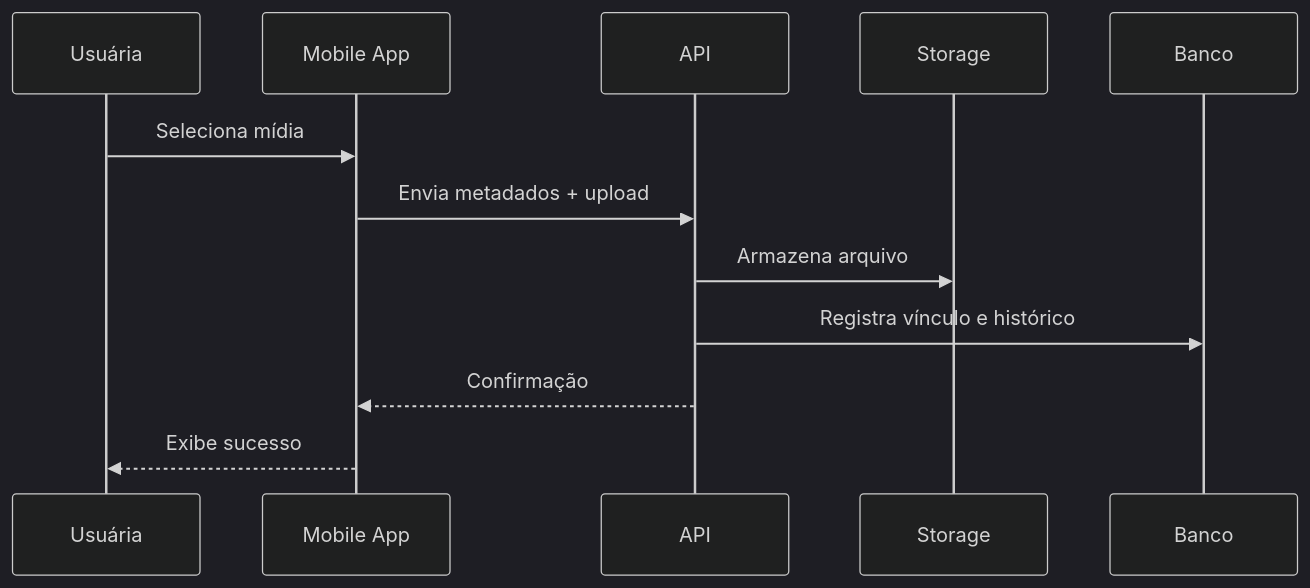
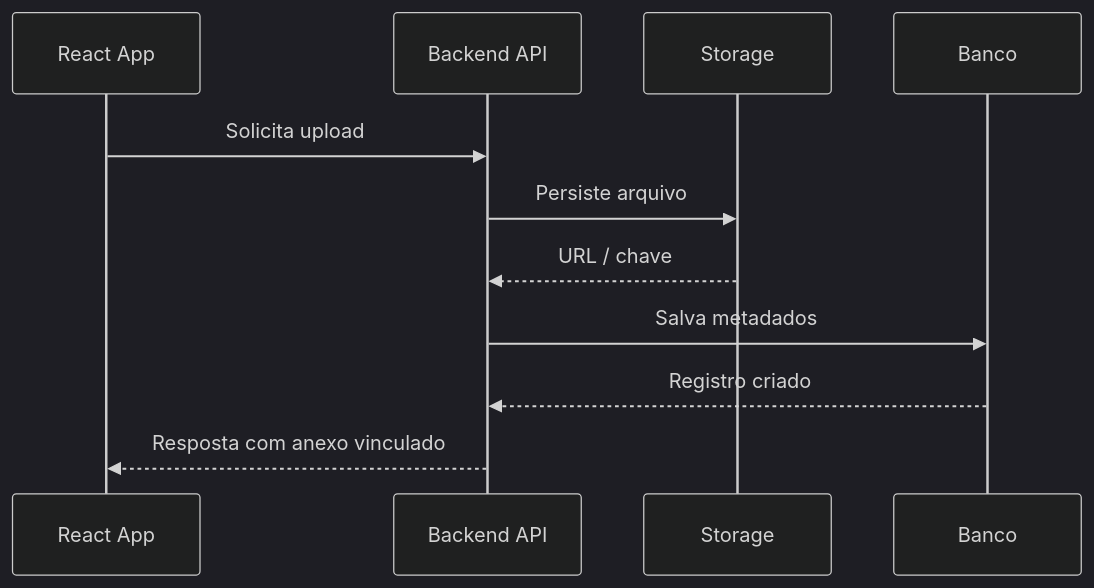
One commit to NickDevHolz/Terra-Conecta changed the eighth of 11 diagrams in Terra Conecta — Proposta Institucional, Comercial e Técnica.md. Above: the diagram before and after it, drawn with Mermaid. The commit also changed other lines of this file, not shown here.

````diff
--- a/Terra Conecta — Proposta Institucional, Comercial e Técnica.md
+++ b/Terra Conecta — Proposta Institucional, Comercial e Técnica.md
@@ -600,26 +524,25 @@
 ```mermaid
 %%{init: {
 'theme':'dark',
 'themeVariables':{
 'background':'#020617',
 'primaryColor':'#22d3ee',
 'primaryTextColor':'#f8fafc',
 'primaryBorderColor':'#39ff14',
 'lineColor':'#a855f7',
 'secondaryColor':'#0f172a',
 'tertiaryColor':'#111827'
 }}}%%
 sequenceDiagram
-participant U as Usuária
-participant M as Mobile App
-participant A as API
-participant S as Storage
-participant D as Banco
+participant R as React App
+participant API as Backend API
+participant ST as Storage
+participant DB as Banco
 
-U->>M: Seleciona mídia
-M->>A: Envia metadados + upload
-A->>S: Armazena arquivo
-A->>D: Registra vínculo e histórico
-A-->>M: Confirmação
-M-->>U: Exibe sucesso
+R->>API: Solicita upload
+API->>ST: Persiste arquivo
+ST-->>API: URL / chave
+API->>DB: Salva metadados
+DB-->>API: Registro criado
+API-->>R: Resposta com anexo vinculado
 ```
````
